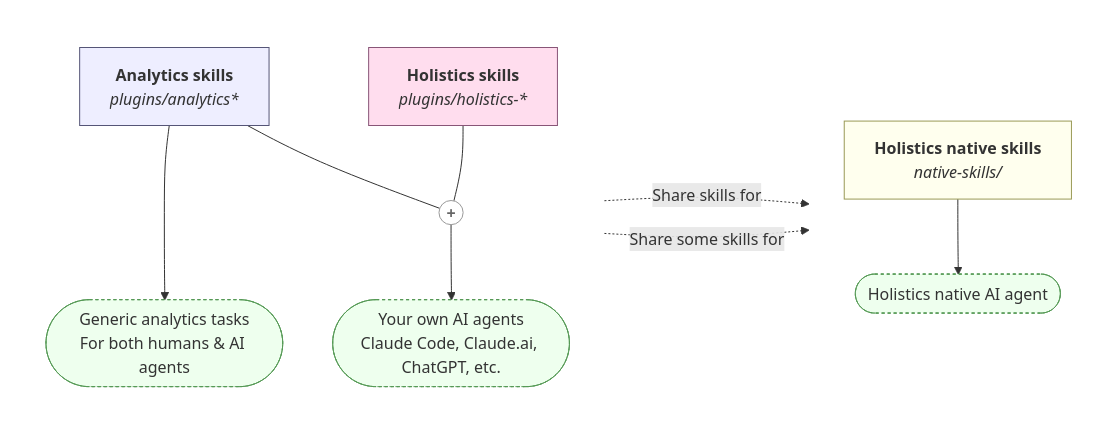
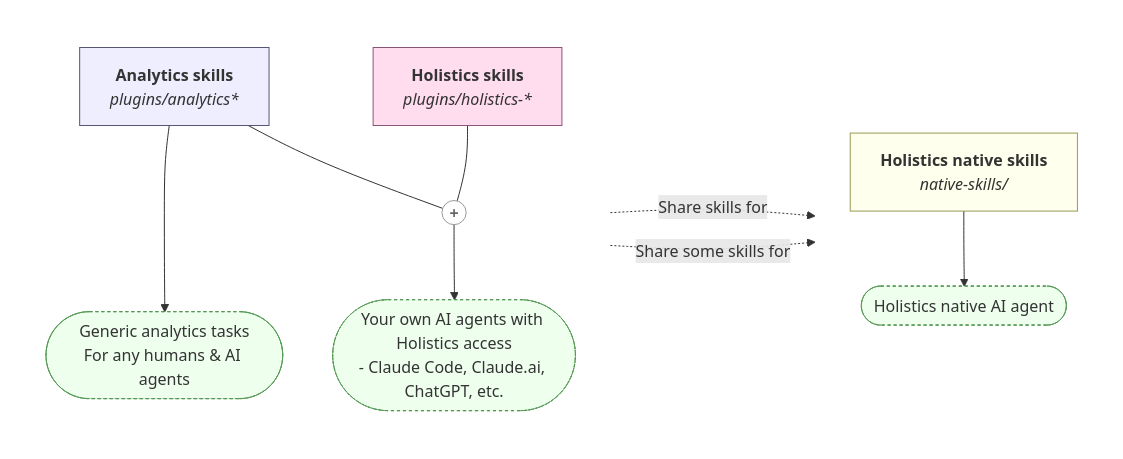
Before and after one commit to holistics/skills: the diagram in README.md, drawn with Mermaid.

````diff
--- a/README.md
+++ b/README.md
@@ -11,40 +11,40 @@
 ```mermaid
 flowchart LR
     subgraph plugins[" "]
         direction TB
         A[<b>Analytics skills</b><br/><i>plugins/analytics*</i>]
         H[<b>Holistics skills</b><br/><i>plugins/holistics-*</i>]
-        U1([Generic analytics tasks<br/>For both humans & AI agents])
+        U1([Generic analytics tasks<br/>For any humans & AI agents])
         P1(( + ))
-        U2([Your own AI agents<br/>Claude Code, Claude.ai, ChatGPT, etc.])
+        U2([Your own AI agents with Holistics access<br/>- Claude Code, Claude.ai, ChatGPT, etc.])
 
         A ---> U1
         A --- P1
         H --- P1
         P1 --> U2
     end
 
     subgraph native[" "]
         direction TB
         N[<b>Holistics native skills</b><br/><i>native-skills/</i>]
         U3([Holistics native AI agent])
         N --> U3
     end
 
     A -. Share skills for .-> N
     H -. Share some skills for .-> N
 
     style plugins fill:none,stroke:none
     style native fill:none,stroke:none
 
     classDef base fill:#eef,stroke:#557
     classDef holistics fill:#fde,stroke:#857
     classDef ext fill:#ffe,stroke:#995
     classDef use fill:#efe,stroke:#595,stroke-dasharray:3 3
     classDef plus fill:#fff,stroke:#999,color:#666,font-weight:bold
     class A base
     class H holistics
     class N ext
     class U1,U2,U3 use
     class P1 plus
 ```
````
